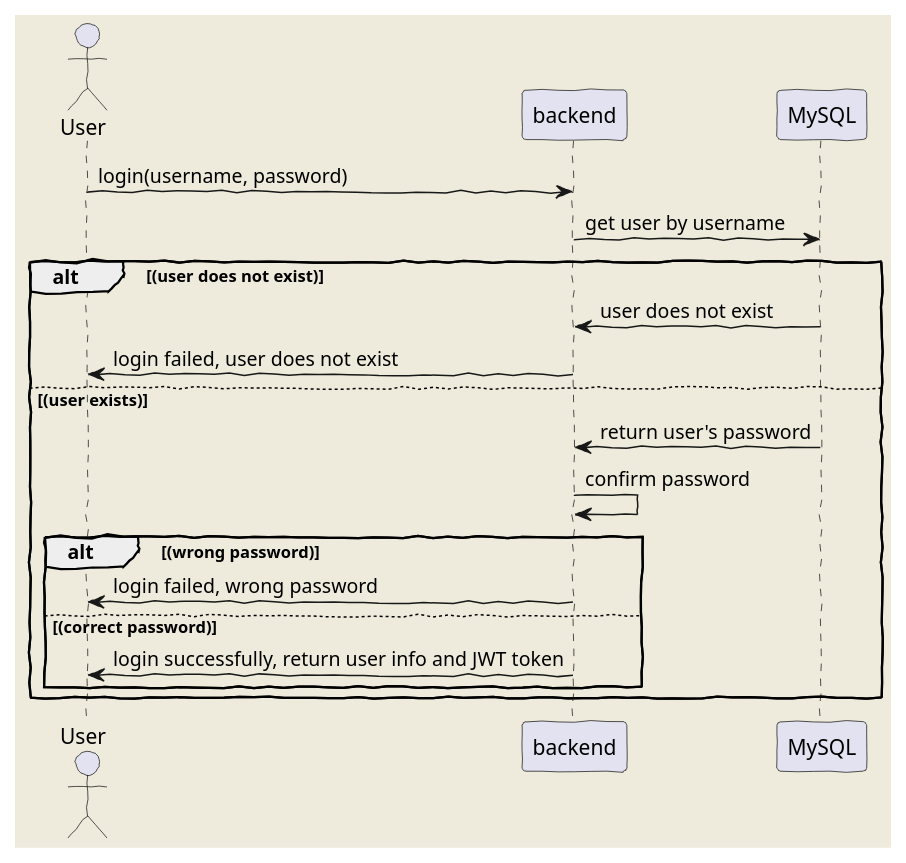
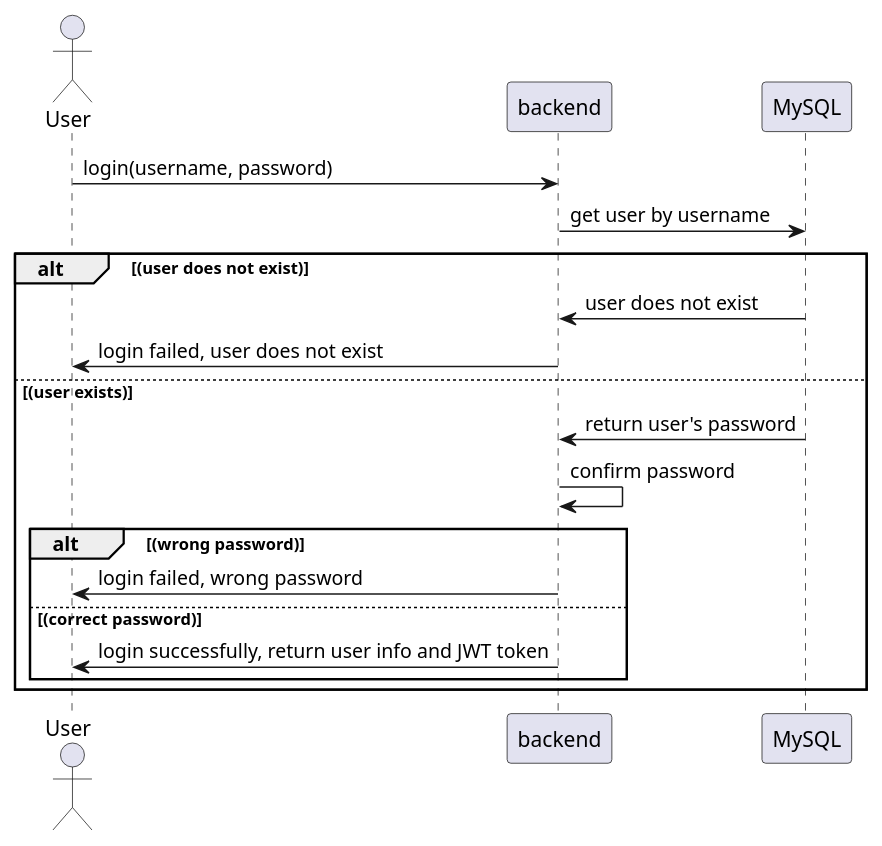
Before and after one commit to minhduc2803/Snail-App: the diagram in docs/Sequence-Diagram/login.puml, drawn with PlantUML. The commit also changed 29078 other files, not shown here.

Commit message:
add .proto file, sequence diagram, mysql to fintec

```diff
--- a/docs/Sequence-Diagram/login.puml
+++ b/docs/Sequence-Diagram/login.puml
@@ -1,19 +1,17 @@
 @startuml login
-    skinparam backgroundColor #EEEBDC
-    skinparam handwritten true
     actor User
     User -> "backend" : login(username, password)
     "backend" -> "MySQL" : get user by username
     alt (user does not exist)
     "MySQL" -> "backend" : user does not exist
     "backend" -> User : login failed, user does not exist
     else (user exists)
     "MySQL" -> "backend" : return user's password
     "backend" -> "backend" : confirm password
     alt (wrong password)
     "backend" -> User : login failed, wrong password
     else (correct password)
     "backend" -> User : login successfully, return user info and JWT token
     end
     end
 @enduml
```
